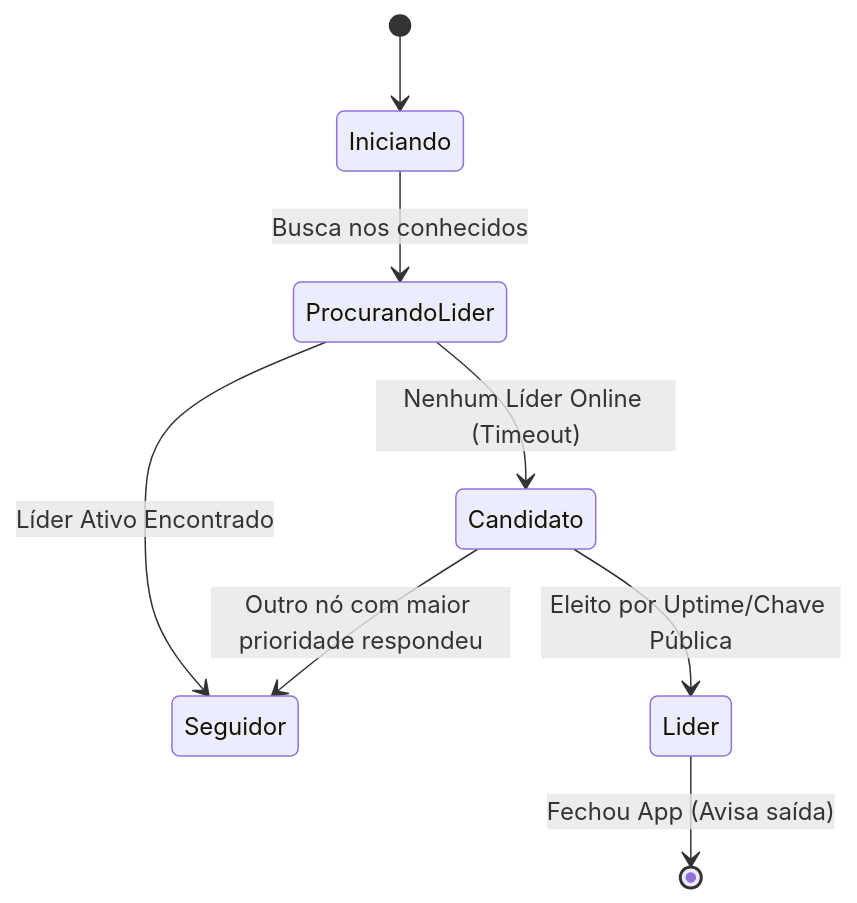
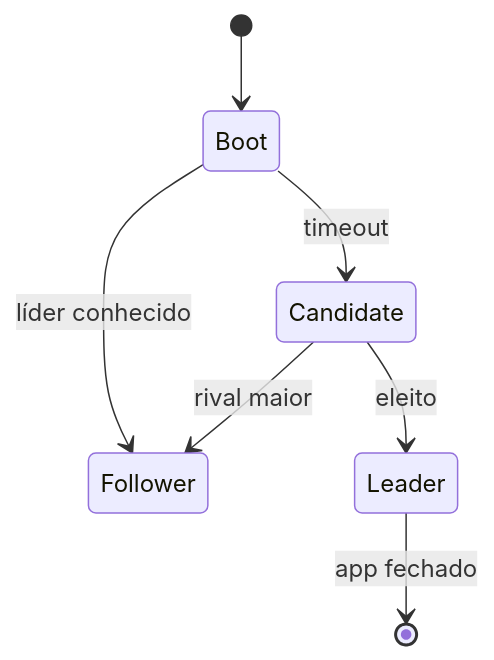
Before and after one commit to AlLibrary-Libertarian-knowledge/DesktopApp_AlLibrary: the diagram in docs/DESCENTRALIZACAO_COMPLETA.md, drawn with Mermaid. The commit also changed other lines of this file and 17 other files, not shown here.

First line of the commit message:
docs: align P2P architecture docs with current stack and add integration plan

````diff
--- a/docs/DESCENTRALIZACAO_COMPLETA.md
+++ b/docs/DESCENTRALIZACAO_COMPLETA.md
@@ -42,10 +42,9 @@
 ```mermaid
 stateDiagram-v2
-    [*] --> Iniciando
-    Iniciando --> ProcurandoLider : Busca nos conhecidos
-    ProcurandoLider --> Seguidor : Líder Ativo Encontrado
-    ProcurandoLider --> Candidato : Nenhum Líder Online (Timeout)
-    Candidato --> Lider : Eleito por Uptime/Chave Pública
-    Candidato --> Seguidor : Outro nó com maior prioridade respondeu
-    Lider --> [*] : Fechou App (Avisa saída)
+    [*] --> Boot
+    Boot --> Follower: líder conhecido
+    Boot --> Candidate: timeout
+    Candidate --> Leader: eleito
+    Candidate --> Follower: rival maior
+    Leader --> [*]: app fechado
 ```
````
